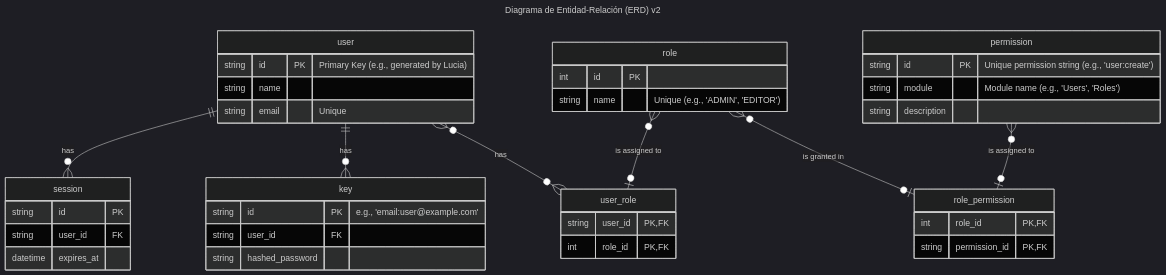
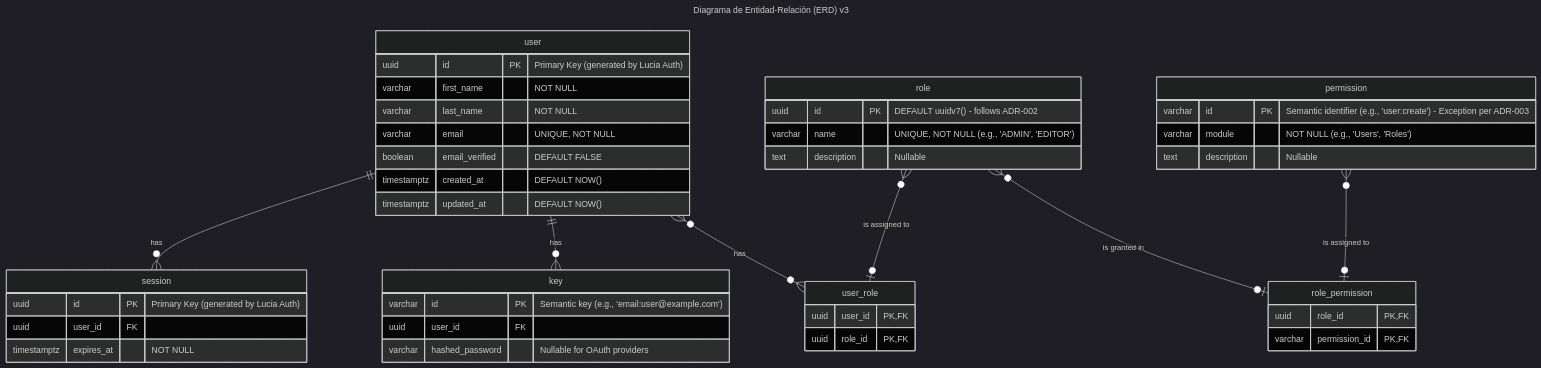
Before and after one commit to byteflowsivar/aurora-nova: the diagram in docs/01_modules/01_auth_and_authz/02_architecture/Diagrama-Base-de-Datos.md, drawn with Mermaid (dark theme). The commit also changed 3 other files, not shown here.

````diff
--- a/docs/01_modules/01_auth_and_authz/02_architecture/Diagrama-Base-de-Datos.md
+++ b/docs/01_modules/01_auth_and_authz/02_architecture/Diagrama-Base-de-Datos.md
@@ -1,52 +1,57 @@
 ```mermaid
 ---
-title: Diagrama de Entidad-Relación (ERD) v2
+title: Diagrama de Entidad-Relación (ERD) v3
 ---
 erDiagram
     user {
-        string id PK "Primary Key (e.g., generated by Lucia)"
-        string name
-        string email "Unique"
+        uuid id PK "Primary Key (generated by Lucia Auth)"
+        varchar first_name "NOT NULL"
+        varchar last_name "NOT NULL"
+        varchar email "UNIQUE, NOT NULL"
+        boolean email_verified "DEFAULT FALSE"
+        timestamptz created_at "DEFAULT NOW()"
+        timestamptz updated_at "DEFAULT NOW()"
     }
 
     session {
-        string id PK
-        string user_id FK
-        datetime expires_at
+        uuid id PK "Primary Key (generated by Lucia Auth)"
+        uuid user_id FK
+        timestamptz expires_at "NOT NULL"
     }
 
     key {
-        string id PK "e.g., 'email:user@example.com'"
-        string user_id FK
-        string hashed_password
+        varchar id PK "Semantic key (e.g., 'email:user@example.com')"
+        uuid user_id FK
+        varchar hashed_password "Nullable for OAuth providers"
     }
 
     role {
-        int id PK
-        string name "Unique (e.g., 'ADMIN', 'EDITOR')"
+        uuid id PK "DEFAULT uuidv7() - follows ADR-002"
+        varchar name "UNIQUE, NOT NULL (e.g., 'ADMIN', 'EDITOR')"
+        text description "Nullable"
     }
 
     permission {
-        string id PK "Unique permission string (e.g., 'user:create')"
-        string module "Module name (e.g., 'Users', 'Roles')"
-        string description
+        varchar id PK "Semantic identifier (e.g., 'user:create') - Exception per ADR-003"
+        varchar module "NOT NULL (e.g., 'Users', 'Roles')"
+        text description "Nullable"
     }
 
     user_role {
-        string user_id PK, FK
-        int role_id PK, FK
+        uuid user_id PK, FK
+        uuid role_id PK, FK
     }
-    
+
     role_permission {
-        int role_id PK, FK
-        string permission_id PK, FK
+        uuid role_id PK, FK
+        varchar permission_id PK, FK
     }
 
     user ||--o{ session : "has"
     user ||--o{ key : "has"
     user }o--o{ user_role : "has"
     role }o--o| user_role : "is assigned to"
     role }o--o| role_permission : "is granted in"
     permission }o--o| role_permission : "is assigned to"
 
 ```
````
